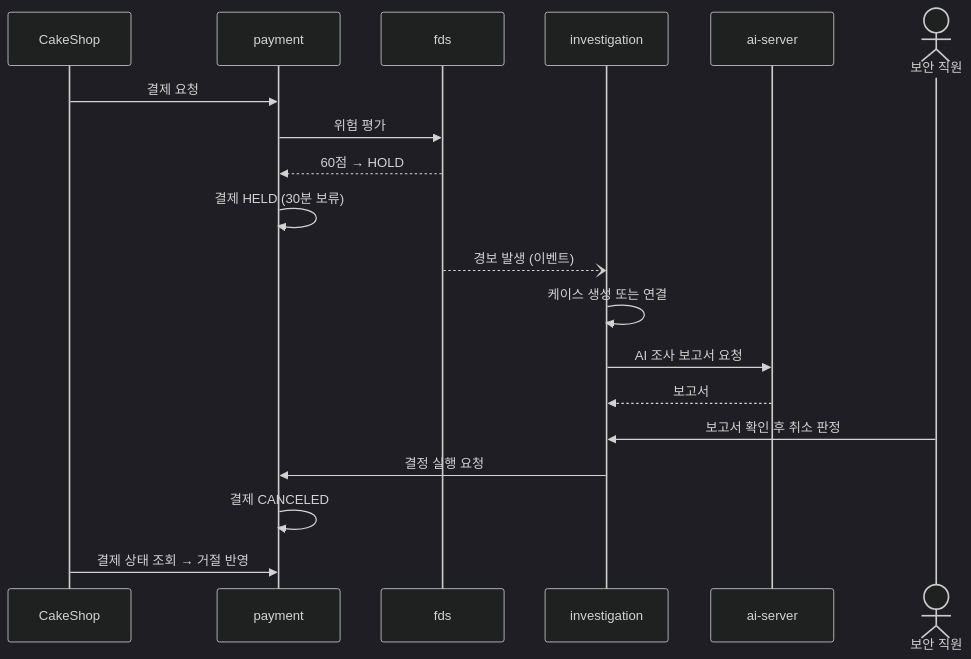
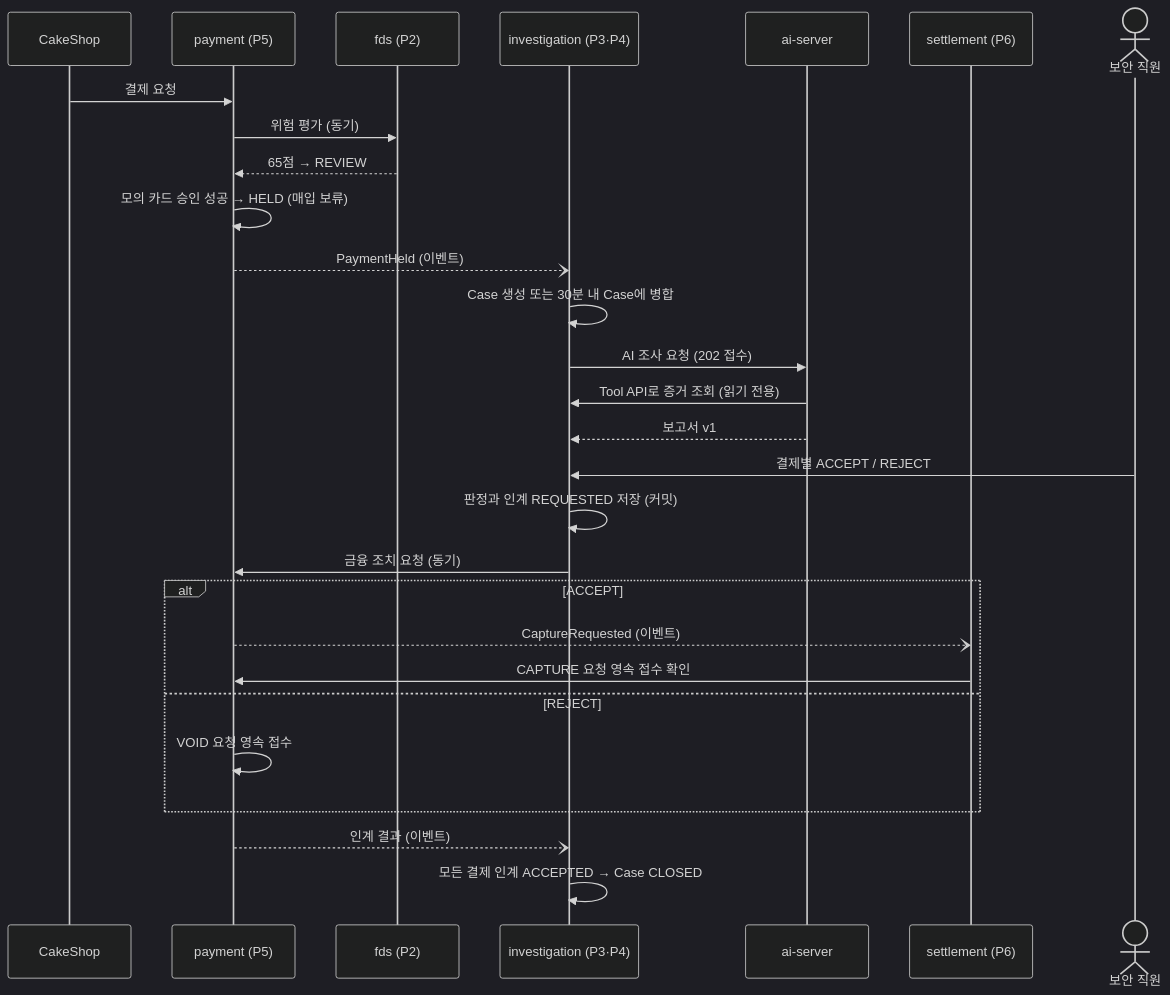
The first of 3 diagrams in README.md (HyunGyu-Cho/DonWorry), drawn with Mermaid (dark theme) before and after one commit. The commit also changed other lines of this file and 10 other files, not shown here.

First line of the commit message:
docs: 채택된 FDS 업무 흐름(HELD·결제별 판정·인계)에 문서·의존 방향 정렬 (#9)

````diff
--- a/README.md
+++ b/README.md
@@ -41,22 +42,31 @@
 ```mermaid
 sequenceDiagram
     participant C as CakeShop
-    participant P as payment
-    participant F as fds
-    participant I as investigation
+    participant P as payment (P5)
+    participant F as fds (P2)
+    participant I as investigation (P3·P4)
     participant A as ai-server
-    actor S as 보안 직원
+    participant S as settlement (P6)
+    actor U as 보안 직원
 
     C->>P: 결제 요청
-    P->>F: 위험 평가
-    F-->>P: 60점 → HOLD
-    P->>P: 결제 HELD (30분 보류)
-    F--)I: 경보 발생 (이벤트)
-    I->>I: 케이스 생성 또는 연결
-    I->>A: AI 조사 보고서 요청
-    A-->>I: 보고서
-    S->>I: 보고서 확인 후 취소 판정
-    I->>P: 결정 실행 요청
-    P->>P: 결제 CANCELED
-    C->>P: 결제 상태 조회 → 거절 반영
+    P->>F: 위험 평가 (동기)
+    F-->>P: 65점 → REVIEW
+    P->>P: 모의 카드 승인 성공 → HELD (매입 보류)
+    P--)I: PaymentHeld (이벤트)
+    I->>I: Case 생성 또는 30분 내 Case에 병합
+    I->>A: AI 조사 요청 (202 접수)
+    A->>I: Tool API로 증거 조회 (읽기 전용)
+    A-->>I: 보고서 v1
+    U->>I: 결제별 ACCEPT / REJECT
+    I->>I: 판정과 인계 REQUESTED 저장 (커밋)
+    I->>P: 금융 조치 요청 (동기)
+    alt ACCEPT
+        P--)S: CaptureRequested (이벤트)
+        S->>P: CAPTURE 요청 영속 접수 확인
+    else REJECT
+        P->>P: VOID 요청 영속 접수
+    end
+    P--)I: 인계 결과 (이벤트)
+    I->>I: 모든 결제 인계 ACCEPTED → Case CLOSED
 ```
````
